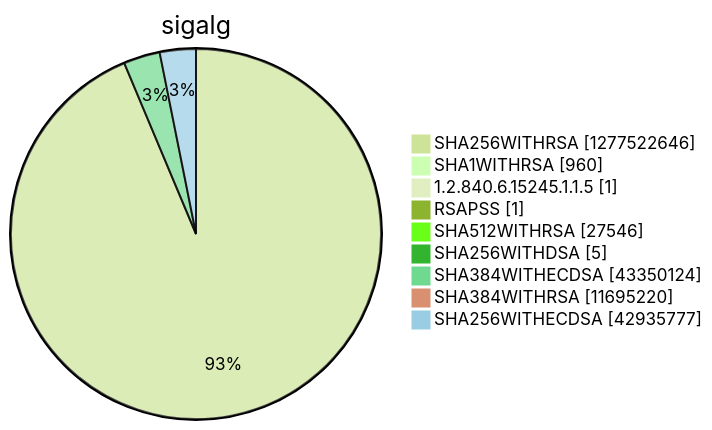
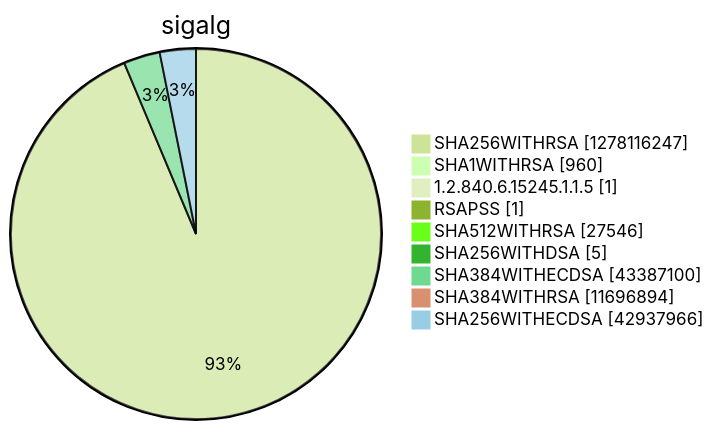
One commit to christiankrug/ctmonitor_visualization changed diagram 15 of 15 in argon2022/README.md. Above: the diagram before and after it, drawn with Mermaid (forest theme). The commit also changed other lines of this file, not shown here.

````diff
--- a/argon2022/README.md
+++ b/argon2022/README.md
@@ -5522,13 +5522,13 @@
 ```mermaid
 pie showData
 title sigalg
-"SHA256WITHRSA" :1277522646
+"SHA256WITHRSA" :1278116247
 "SHA1WITHRSA" :960
 "1.2.840.6.15245.1.1.5" :1
 "RSAPSS" :1
 "SHA512WITHRSA" :27546
 "SHA256WITHDSA" :5
-"SHA384WITHECDSA" :43350124
-"SHA384WITHRSA" :11695220
-"SHA256WITHECDSA" :42935777
+"SHA384WITHECDSA" :43387100
+"SHA384WITHRSA" :11696894
+"SHA256WITHECDSA" :42937966
 ```
````
